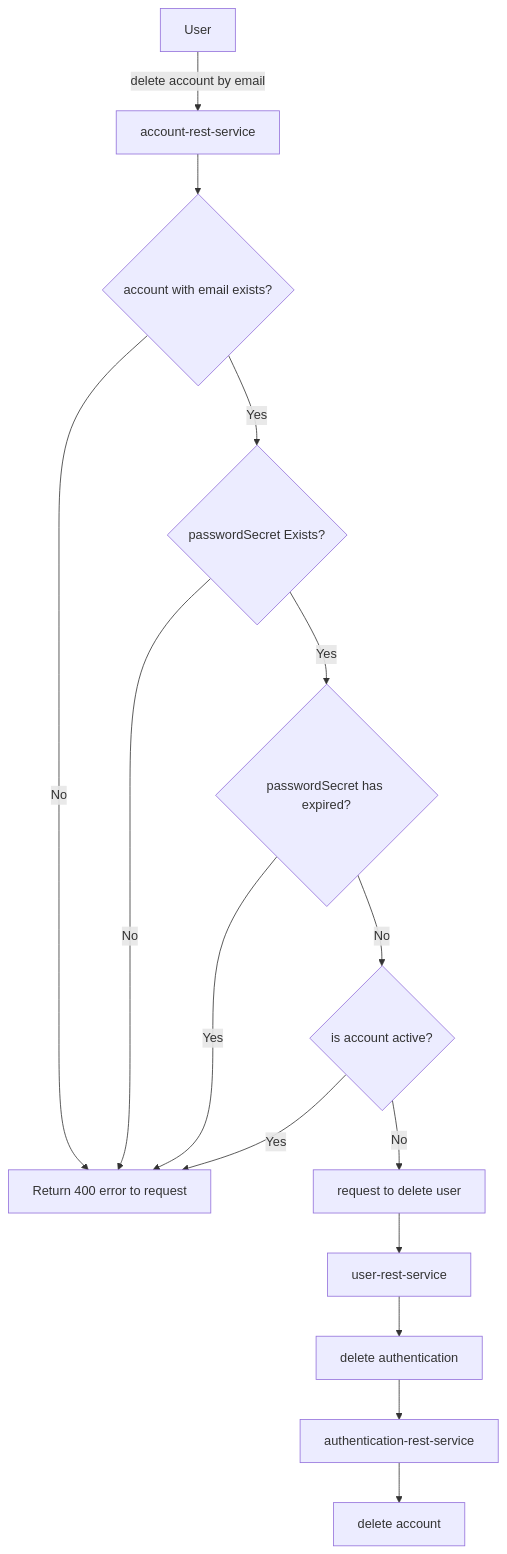
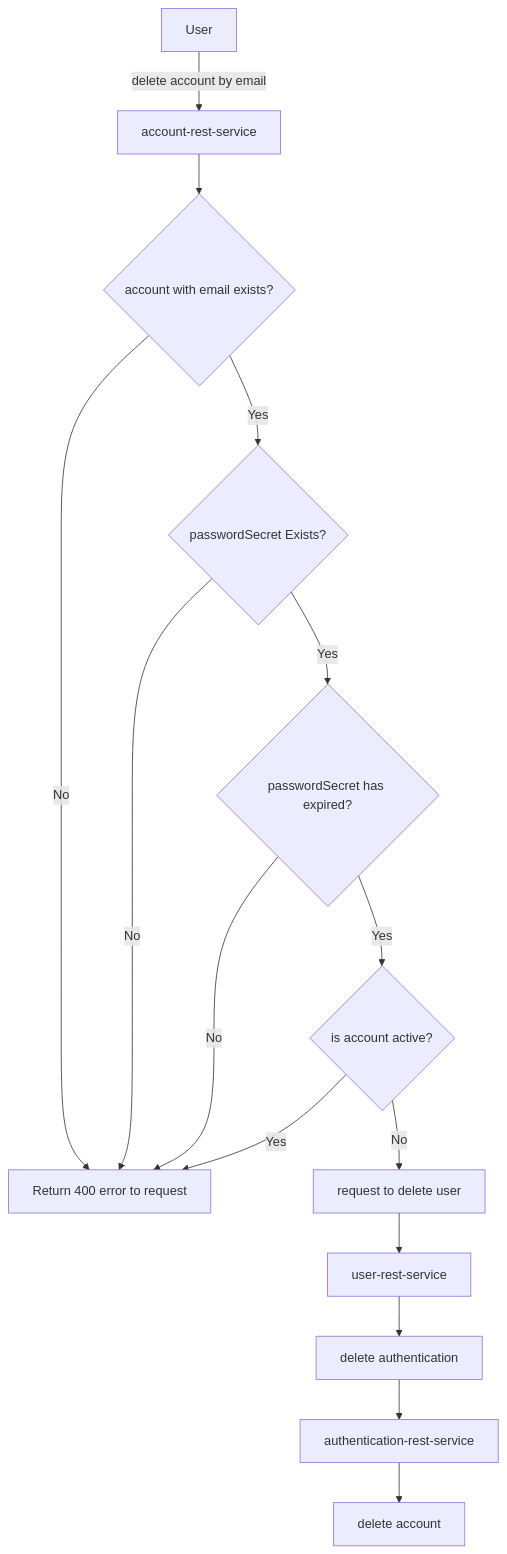
Before and after one commit to sonamsamdupkhangsar/account-rest-service: the eighth of 8 diagrams in README.md, drawn with Mermaid.

````diff
--- a/README.md
+++ b/README.md
@@ -187,17 +187,17 @@
 ```mermaid
 flowchart TD
   User --"delete account by email"--> account-rest-service
   account-rest-service --> accountWithEmailExists{account with email exists?}
   accountWithEmailExists -->|No| returnError[Return 400 error to request]
   accountWithEmailExists -->|Yes| passwordSecretExists{passwordSecret Exists?}
   passwordSecretExists -->|Yes| passwordSecretExpired{passwordSecret has expired?}
   passwordSecretExists -->|No| returnError
-  passwordSecretExpired -->|Yes| returnError
-  passwordSecretExpired -->|No| accountActiveWithAuthenticationIdAndActive{is account active?}
+  passwordSecretExpired -->|No| returnError
+  passwordSecretExpired -->|Yes| accountActiveWithAuthenticationIdAndActive{is account active?}
   accountActiveWithAuthenticationIdAndActive -->|Yes| returnError
   accountActiveWithAuthenticationIdAndActive -->|No| deleteUser[request to delete user]
   deleteUser --> user-rest-service
   user-rest-service --> deleteAuthentication[delete authentication]
   deleteAuthentication --> authentication-rest-service
   authentication-rest-service --> deleteAccount[delete account]           
 ```
````
